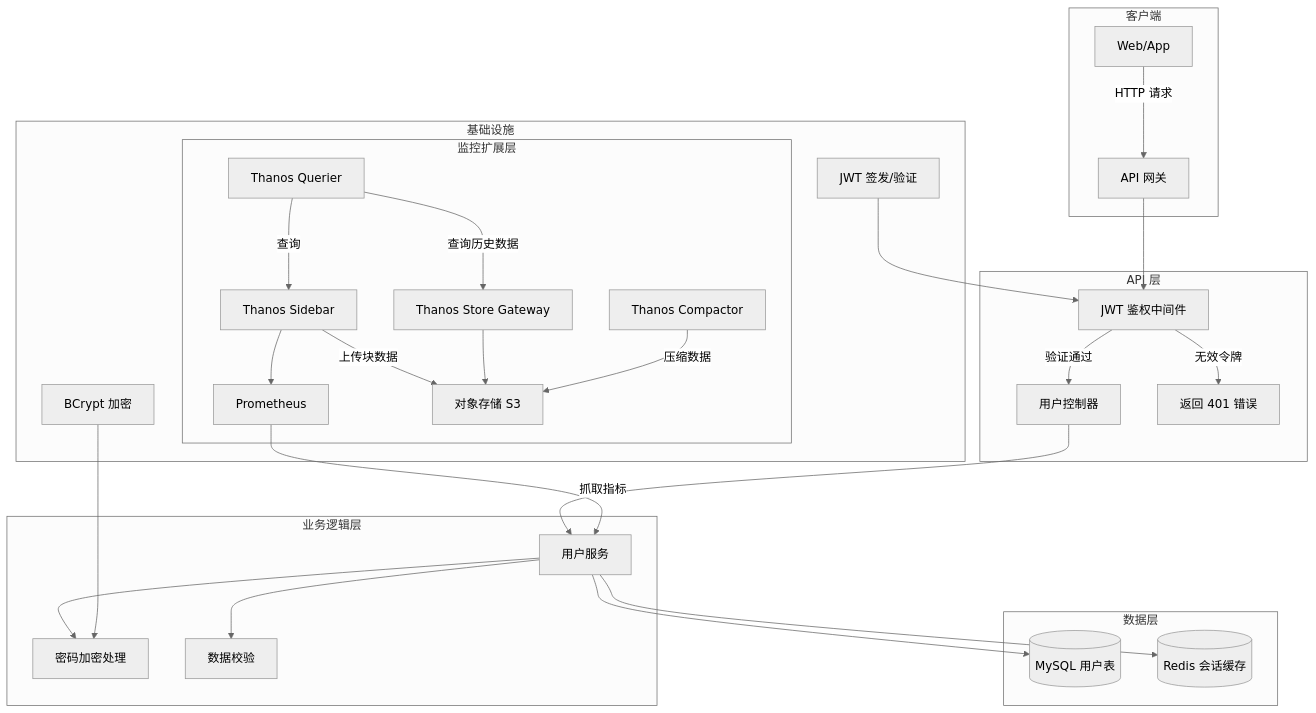
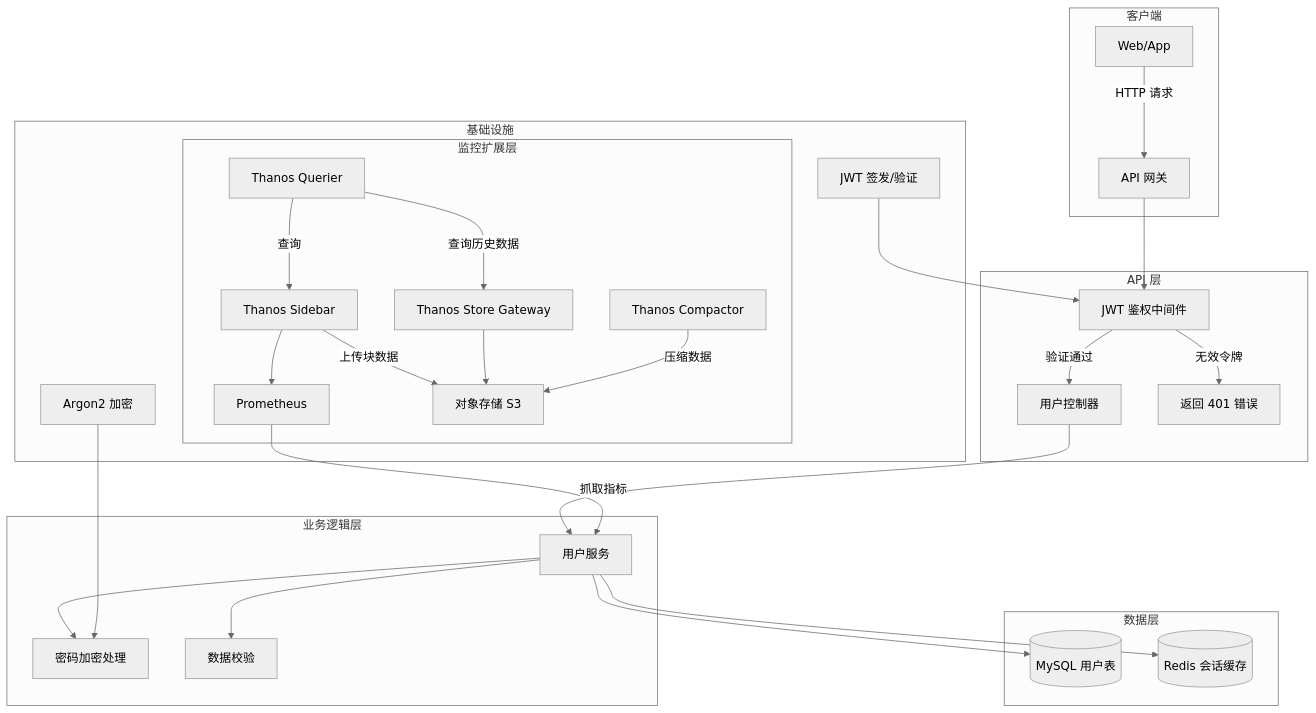
One commit to Renegade-3863/NetaBilibili changed the diagram in DevLog.md. Above: the diagram before and after it, drawn with Mermaid (neutral theme). The commit also changed 21 other files, not shown here.

````diff
--- a/DevLog.md
+++ b/DevLog.md
@@ -7,38 +7,38 @@
     ``` mermaid
     graph TD
         subgraph 客户端
         A[Web/App] --> |HTTP 请求| B[API 网关]
     end
 
     subgraph API 层
         B --> C[JWT 鉴权中间件]
         C --> |验证通过| D[用户控制器]
         C --> |无效令牌| E[返回 401 错误] 
     end
 
     subgraph 业务逻辑层
         D --> F[用户服务]
         F --> G[密码加密处理]
         F --> H[数据校验]
     end
 
     subgraph 数据层
         F --> I[(MySQL 用户表)]
         F --> J[(Redis 会话缓存)]
     end
 
     subgraph 基础设施
-        K[BCrypt 加密] --> G
+        K[Argon2 加密] --> G
         L[JWT 签发/验证] --> C
         subgraph 监控扩展层
             M[Prometheus] --> |抓取指标| F
             N[Thanos Sidebar] --> M
             N --> |上传块数据| O[对象存储 S3]
             P[Thanos Querier] --> |查询| N
             P --> |查询历史数据| Q[Thanos Store Gateway]
             Q --> O
             R[Thanos Compactor] --> |压缩数据| O
         end
     end
 
     ```
````
